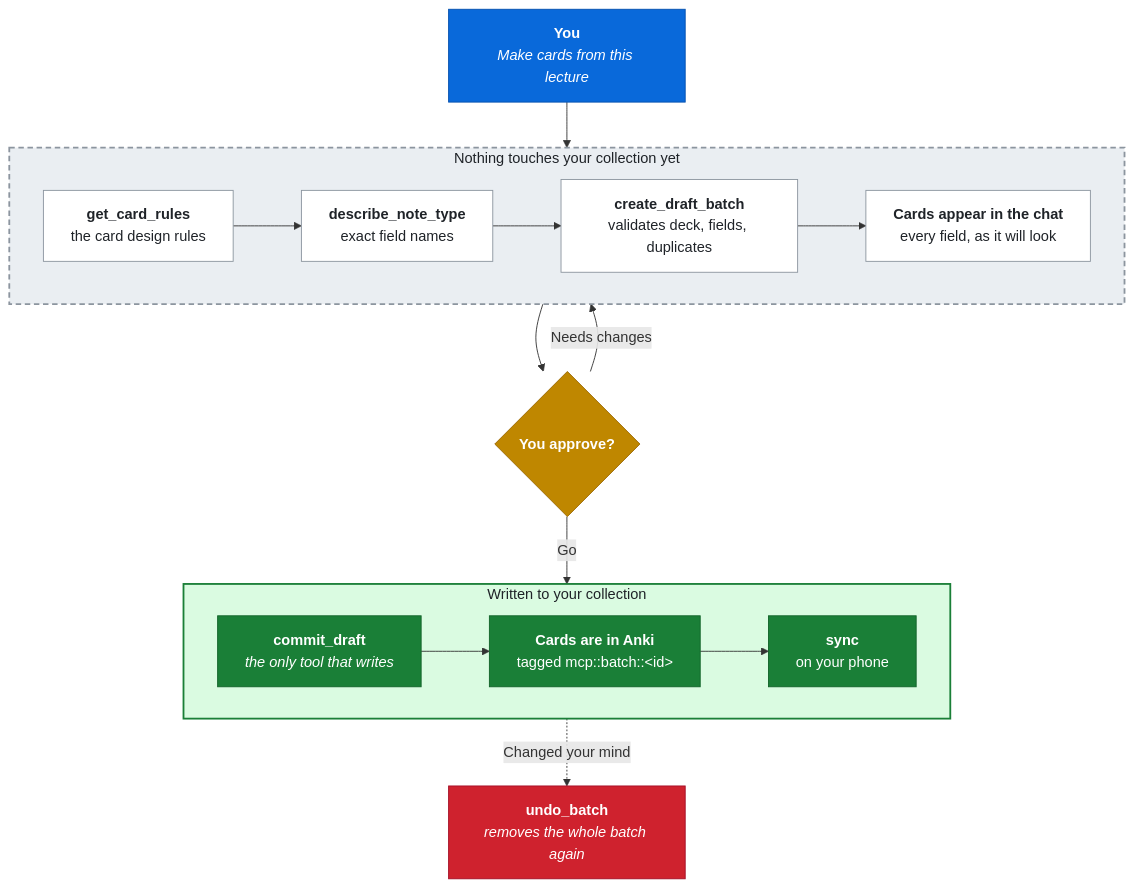
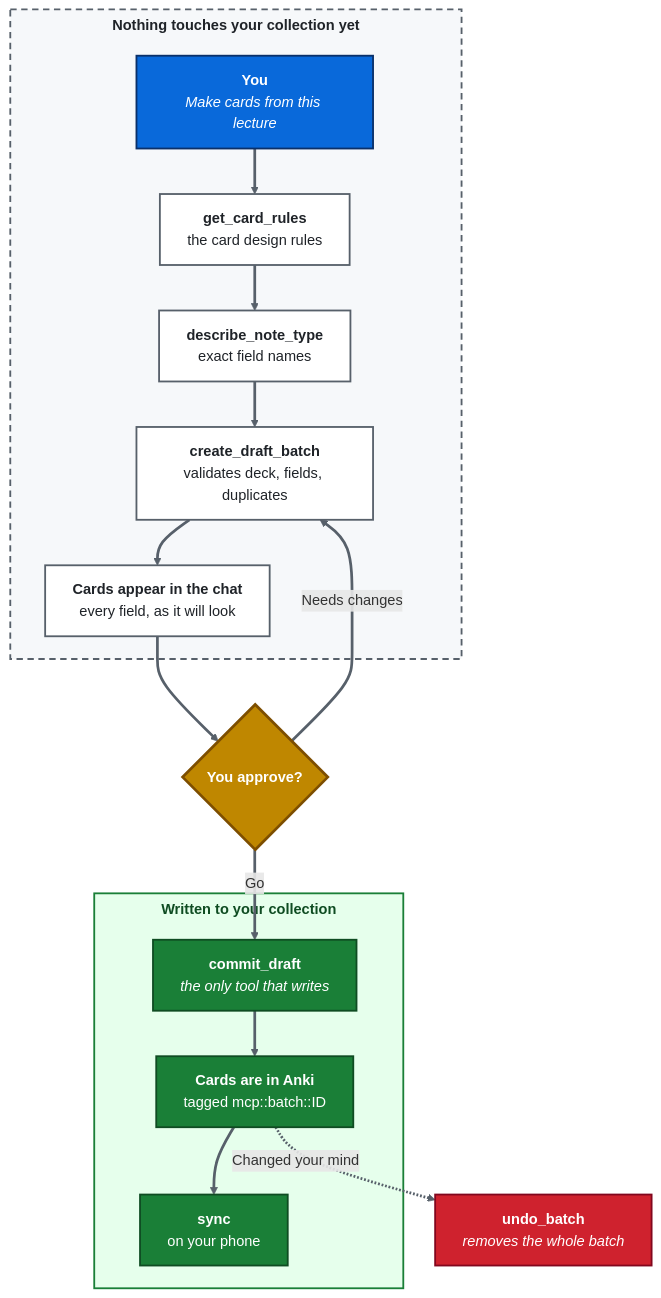
The diagram in README.md (MichaelPrutkow/anki-mcp-server), drawn with Mermaid before and after one commit.

````diff
--- a/README.md
+++ b/README.md
@@ -154,46 +154,45 @@
 ```mermaid
+%%{init: {"flowchart": {"subGraphTitleMargin": {"top": 6, "bottom": 20}, "rankSpacing": 50}}}%%
 flowchart TD
-    U["<b>You</b><br><i>Make cards from this lecture</i>"]
-
-    subgraph SAFE["&nbsp; Nothing touches your collection yet &nbsp;"]
-        direction LR
+    subgraph SAFE["<b>Nothing touches your collection yet</b>"]
+        U["<b>You</b><br><i>Make cards from this lecture</i>"]
         R["<b>get_card_rules</b><br>the card design rules"]
         N["<b>describe_note_type</b><br>exact field names"]
         D["<b>create_draft_batch</b><br>validates deck, fields, duplicates"]
         P["<b>Cards appear in the chat</b><br>every field, as it will look"]
-        R --> N --> D --> P
+        U --> R --> N --> D --> P
     end
 
     Q{"<b>You approve?</b>"}
 
-    subgraph LIVE["&nbsp; Written to your collection &nbsp;"]
-        direction LR
+    subgraph LIVE["<b>Written to your collection</b>"]
         C["<b>commit_draft</b><br><i>the only tool that writes</i>"]
-        A["<b>Cards are in Anki</b><br>tagged mcp::batch::&lt;id&gt;"]
+        A["<b>Cards are in Anki</b><br>tagged mcp::batch::ID"]
         Y["<b>sync</b><br>on your phone"]
         C --> A --> Y
     end
 
-    Z["<b>undo_batch</b><br><i>removes the whole batch again</i>"]
+    Z["<b>undo_batch</b><br><i>removes the whole batch</i>"]
 
-    U --> R
     P --> Q
     Q -->|"Needs changes"| D
     Q -->|"Go"| C
     A -.->|"Changed your mind"| Z
 
-    classDef you fill:#0969da,stroke:#0550ae,color:#ffffff
-    classDef step fill:#ffffff,stroke:#8c959f,color:#1f2328
-    classDef gate fill:#bf8700,stroke:#9a6700,color:#ffffff
-    classDef write fill:#1a7f37,stroke:#116329,color:#ffffff
-    classDef undo fill:#cf222e,stroke:#a40e26,color:#ffffff
+    classDef you fill:#0969da,stroke:#0a3069,stroke-width:2px,color:#ffffff
+    classDef step fill:#ffffff,stroke:#57606a,stroke-width:2px,color:#1f2328
+    classDef gate fill:#bf8700,stroke:#7d4e00,stroke-width:3px,color:#ffffff
+    classDef write fill:#1a7f37,stroke:#0f4c22,stroke-width:2px,color:#ffffff
+    classDef undo fill:#cf222e,stroke:#82071e,stroke-width:2px,color:#ffffff
 
     class U you
     class R,N,D,P step
     class Q gate
     class C,A,Y write
     class Z undo
 
-    style SAFE fill:#eaeef2,stroke:#8c959f,stroke-width:2px,stroke-dasharray:6 4,color:#1f2328
-    style LIVE fill:#dafbe1,stroke:#1a7f37,stroke-width:2px,color:#1f2328
+    style SAFE fill:#f6f8fa,stroke:#57606a,stroke-width:2px,stroke-dasharray:7 5,color:#1f2328
+    style LIVE fill:#e6ffec,stroke:#1a7f37,stroke-width:2px,color:#0f4c22
+
+    linkStyle default stroke:#57606a,stroke-width:3px
 ```
````
